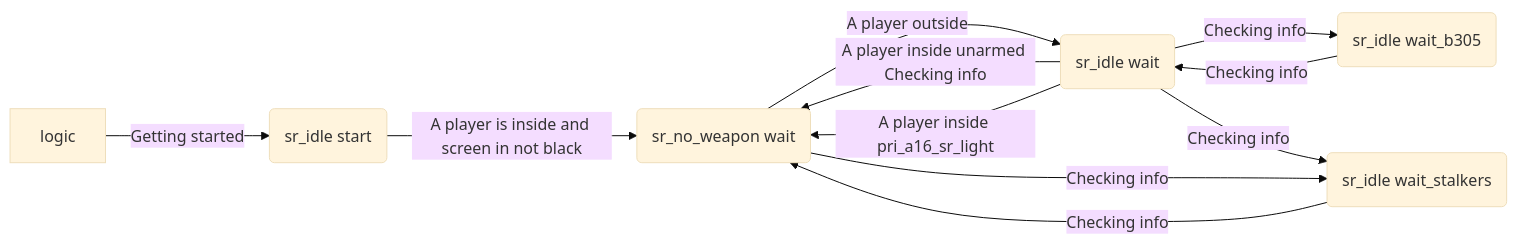
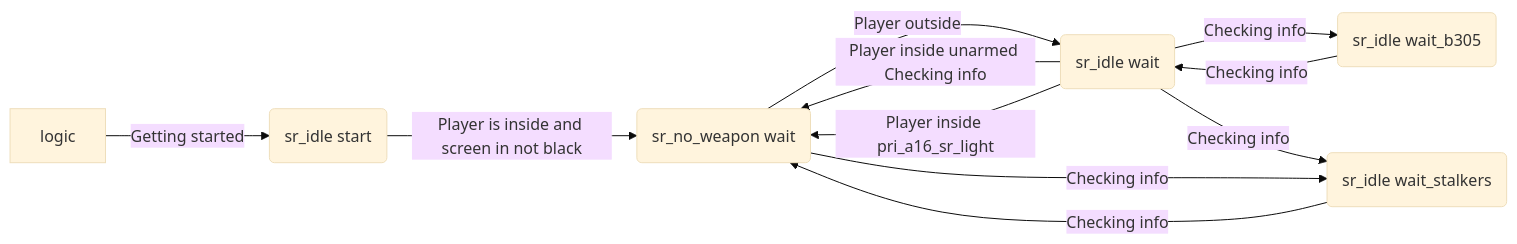
One commit to Igigog/anomaly-modding-book changed the second of 2 diagrams in src/reference/configs/algoritm-of-logic.md. Above: the diagram before and after it, drawn with Mermaid (base theme). The commit also changed other lines of this file and 115 other files, not shown here.

````diff
--- a/src/reference/configs/algoritm-of-logic.md
+++ b/src/reference/configs/algoritm-of-logic.md
@@ -67,18 +67,18 @@
 ```mermaid
 flowchart LR;
     logic-->|Getting started|start(sr_idle start);
 
-    start-->|A player is inside and screen in not black|weaponWait(sr_no_weapon wait);
+    start-->|Player is inside and screen in not black|weaponWait(sr_no_weapon wait);
 
-    wait-->|A player inside unarmed Checking info|weaponWait(sr_no_weapon wait);
-    wait-->|A player inside pri_a16_sr_light|weaponWait(sr_no_weapon wait);
+    wait-->|Player inside unarmed Checking info|weaponWait(sr_no_weapon wait);
+    wait-->|Player inside pri_a16_sr_light|weaponWait(sr_no_weapon wait);
     wait-->|Checking info|waitB305(sr_idle wait_b305);
     wait-->|Checking info|waitStalkers(sr_idle wait_stalkers);
 
-    weaponWait-->|A player outside|wait(sr_idle wait);
+    weaponWait-->|Player outside|wait(sr_idle wait);
     weaponWait-->|Checking info|waitStalkers(sr_idle wait_stalkers);
 
     waitStalkers-->|Checking info|weaponWait(sr_no_weapon wait);
 
     waitB305-->|Checking info|wait(sr_idle wait);
 ```
````
